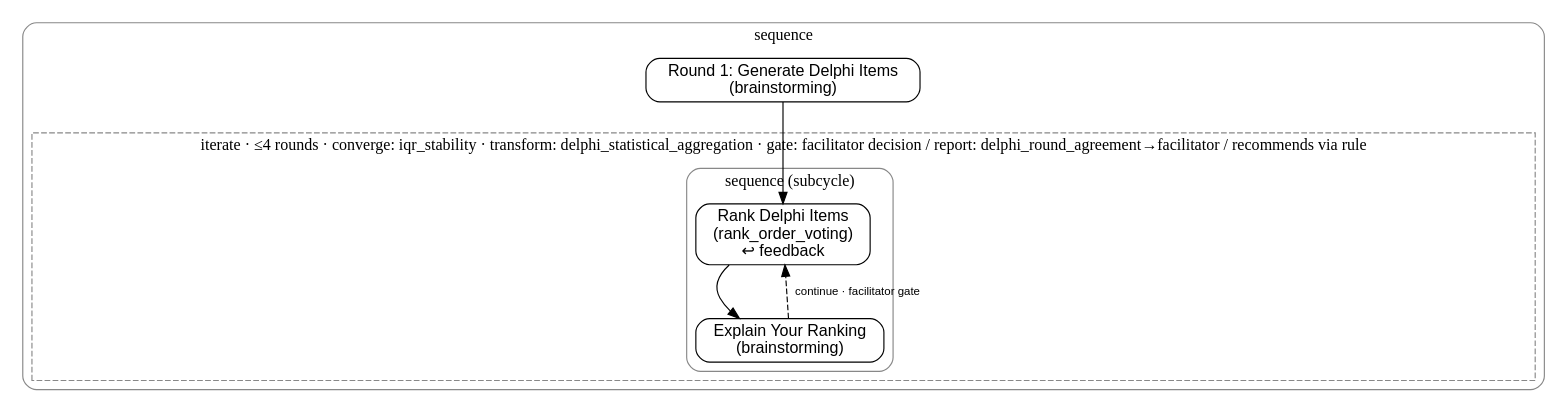
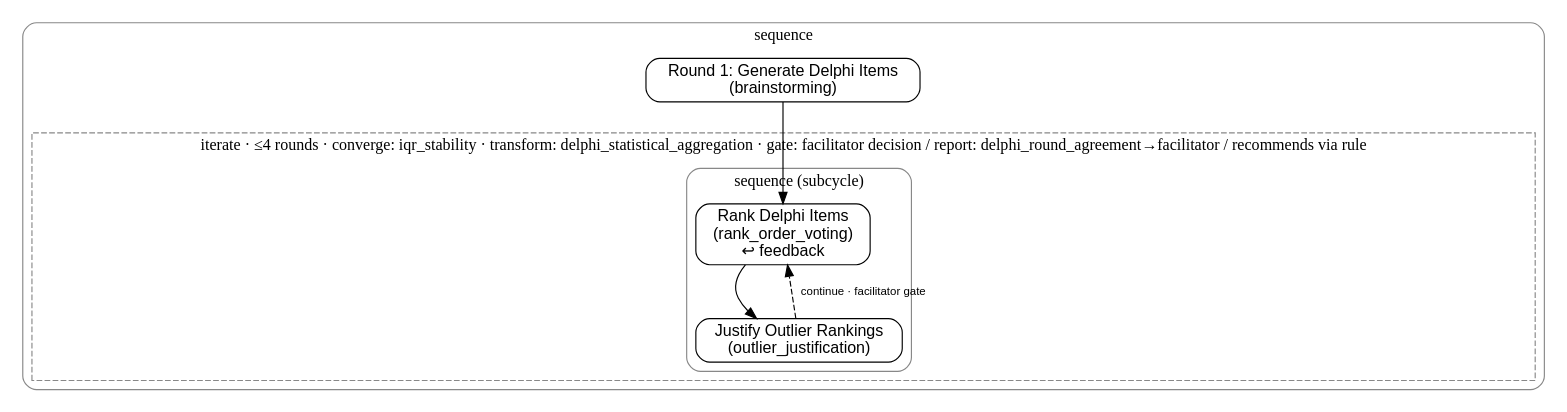
Before and after one commit to JohnKruse/decidero_gdss_public: the diagram in docs/figures/delphi.dot, drawn with Graphviz. The commit also changed 12 other files, not shown here.

Commit message:
Add outlier justification UI

```diff
--- a/docs/figures/delphi.dot
+++ b/docs/figures/delphi.dot
@@ -1,21 +1,21 @@
 digraph "Classical Delphi" {
     rankdir=TB;
     node [shape=box, style="rounded", fontname="Helvetica"];
     edge [fontname="Helvetica", fontsize=10];
     subgraph cluster_c0 {
         label="sequence"; style="rounded"; color="#888888";
         "n0_0" [label="Round 1: Generate Delphi Items\n(brainstorming)"];
         subgraph cluster_c0_1 {
             label="iterate · ≤4 rounds · converge: iqr_stability · transform: delphi_statistical_aggregation · gate: facilitator decision / report: delphi_round_agreement→facilitator / recommends via rule"; style="dashed"; color="#888888";
             subgraph cluster_c0_1_0 {
                 label="sequence (subcycle)"; style="rounded"; color="#888888";
                 "n0_1_0_0" [label="Rank Delphi Items\n(rank_order_voting)\n↩ feedback"];
-                "n0_1_0_1" [label="Explain Your Ranking\n(brainstorming)"];
+                "n0_1_0_1" [label="Justify Outlier Rankings\n(outlier_justification)"];
             }
         }
     }
 
     "n0_1_0_0" -> "n0_1_0_1";
     "n0_1_0_1" -> "n0_1_0_0" [style=dashed, constraint=false, label="continue · facilitator gate"];
     "n0_0" -> "n0_1_0_0";
 }
```
